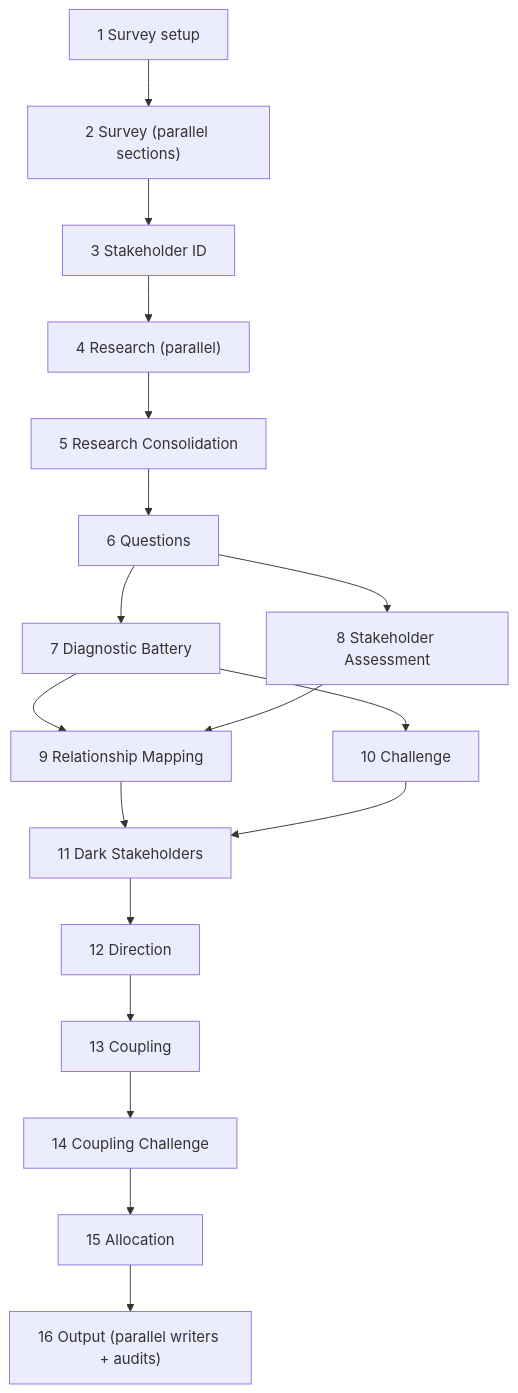
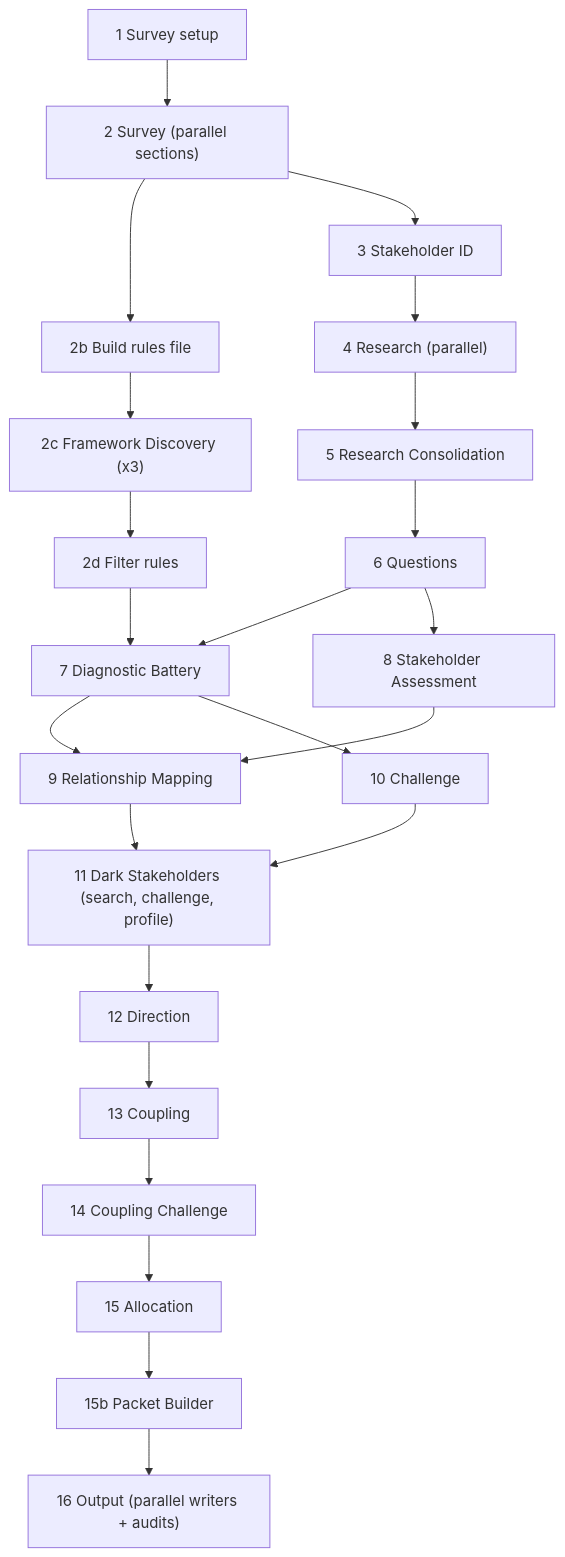
The diagram in tools/staker.md (cppalliance/tools-public), drawn with Mermaid before and after one commit. The commit also changed other lines of this file and 1 other file, not shown here.

````diff
--- a/tools/staker.md
+++ b/tools/staker.md
@@ -7,20 +7,25 @@
 ```mermaid
 flowchart TD
     S1[1 Survey setup] --> S2["2 Survey (parallel sections)"]
+    S2 --> S2b[2b Build rules file]
+    S2b --> S2c["2c Framework Discovery (x3)"]
+    S2c --> S2d[2d Filter rules]
     S2 --> S3[3 Stakeholder ID]
     S3 --> S4["4 Research (parallel)"]
     S4 --> S5[5 Research Consolidation]
     S5 --> S6[6 Questions]
     S6 --> S7[7 Diagnostic Battery]
+    S2d --> S7
     S6 --> S8[8 Stakeholder Assessment]
     S7 --> S9[9 Relationship Mapping]
     S8 --> S9
     S7 --> S10[10 Challenge]
-    S9 --> S11[11 Dark Stakeholders]
+    S9 --> S11["11 Dark Stakeholders (search, challenge, profile)"]
     S10 --> S11
     S11 --> S12[12 Direction]
     S12 --> S13[13 Coupling]
     S13 --> S14[14 Coupling Challenge]
     S14 --> S15[15 Allocation]
-    S15 --> S16["16 Output (parallel writers + audits)"]
+    S15 --> S15b[15b Packet Builder]
+    S15b --> S16["16 Output (parallel writers + audits)"]
 ```
````
